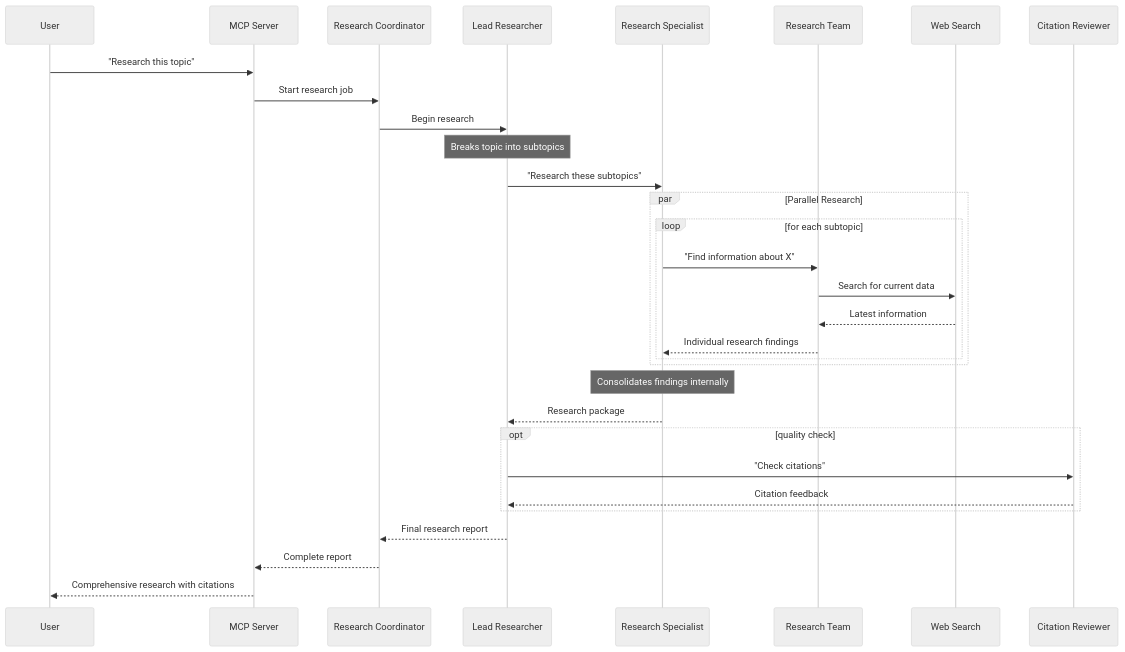
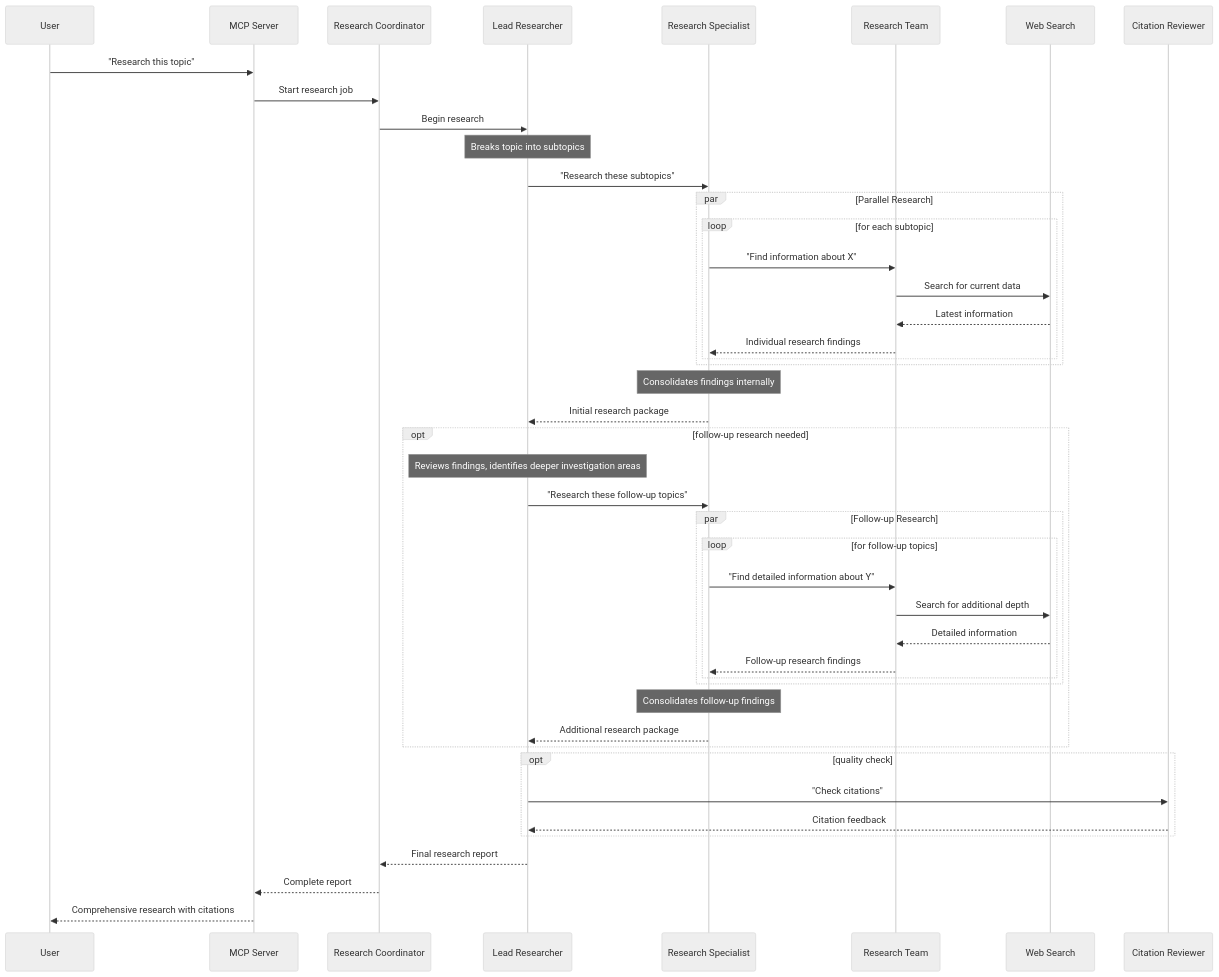
The diagram in README.md (karashiiro/research-mcp), drawn with Mermaid (neutral theme) before and after one commit.

Commit message:
Add missing iteration

````diff
--- a/README.md
+++ b/README.md
@@ -88,42 +88,58 @@
 ```mermaid
 sequenceDiagram
     participant User as User
     participant MCP as MCP Server
     participant Coordinator as Research Coordinator
     participant Lead as Lead Researcher
     participant Specialist as Research Specialist
     participant Researchers as Research Team
     participant Web as Web Search
     participant Reviewer as Citation Reviewer
 
     User->>MCP: "Research this topic"
     MCP->>Coordinator: Start research job
     
     Coordinator->>Lead: Begin research
     Note over Lead: Breaks topic into subtopics
     
     Lead->>Specialist: "Research these subtopics"
     
     par Parallel Research
         loop for each subtopic
             Specialist->>Researchers: "Find information about X"
             Researchers->>Web: Search for current data
             Web-->>Researchers: Latest information
             Researchers-->>Specialist: Individual research findings
         end
     end
     
     Note over Specialist: Consolidates findings internally
+    Specialist-->>Lead: Initial research package
     
-    Specialist-->>Lead: Research package
+    opt follow-up research needed
+        Note over Lead: Reviews findings, identifies deeper investigation areas
+        Lead->>Specialist: "Research these follow-up topics"
+        
+        par Follow-up Research
+            loop for follow-up topics
+                Specialist->>Researchers: "Find detailed information about Y"
+                Researchers->>Web: Search for additional depth
+                Web-->>Researchers: Detailed information
+                Researchers-->>Specialist: Follow-up research findings
+            end
+        end
+        
+        Note over Specialist: Consolidates follow-up findings
+        Specialist-->>Lead: Additional research package
+    end
     
     opt quality check
         Lead->>Reviewer: "Check citations"
         Reviewer-->>Lead: Citation feedback
     end
     
     Lead-->>Coordinator: Final research report
     
     Coordinator-->>MCP: Complete report
     MCP-->>User: Comprehensive research with citations
 ```
````
